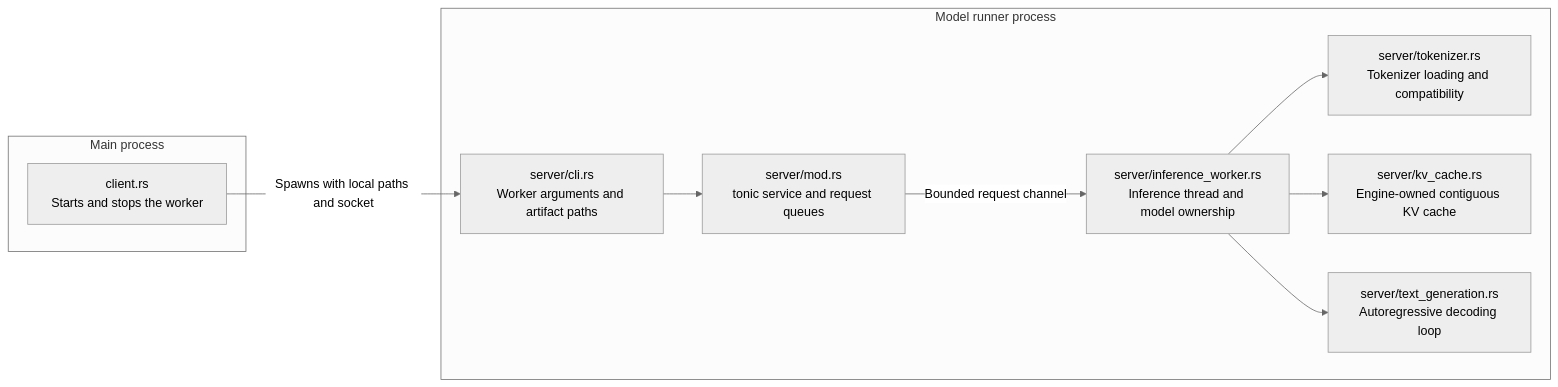
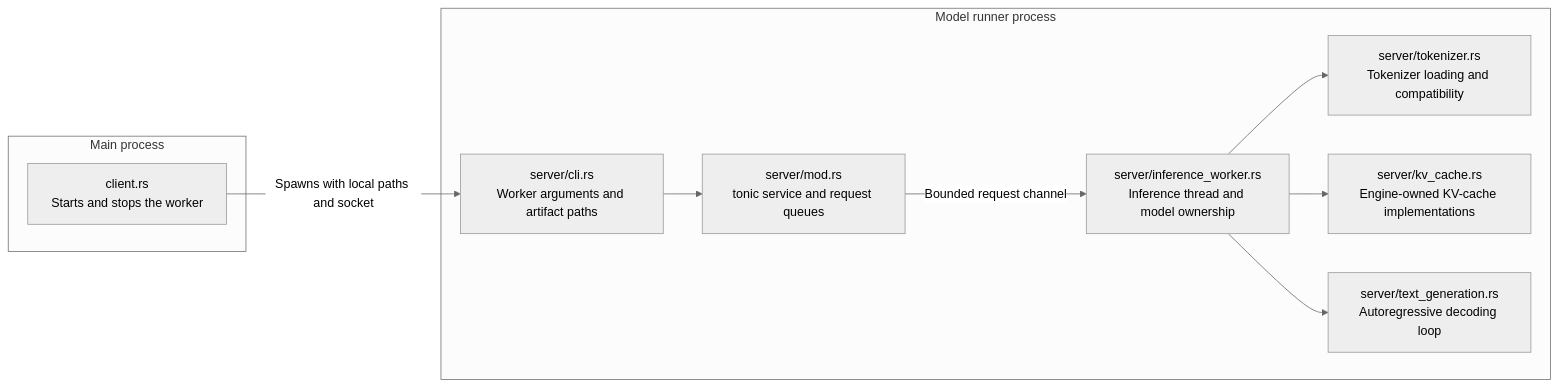
The first of 2 diagrams in src/model_runner/README.md (lun0522/mini-vllm-rs), drawn with Mermaid (neutral theme) before and after one commit. The commit also changed other lines of this file and 7 other files, not shown here.

````diff
--- a/src/model_runner/README.md
+++ b/src/model_runner/README.md
@@ -6,22 +6,22 @@
 ```mermaid
 flowchart LR
     subgraph Main[Main process]
         Client["client.rs<br/>Starts and stops the worker"]
     end
 
     subgraph Worker[Model runner process]
         Server["server/mod.rs<br/>tonic service and request queues"]
         Cli["server/cli.rs<br/>Worker arguments and artifact paths"]
         Tokenizer["server/tokenizer.rs<br/>Tokenizer loading and compatibility"]
-        KvCache["server/kv_cache.rs<br/>Engine-owned contiguous KV cache"]
+        KvCache["server/kv_cache.rs<br/>Engine-owned KV-cache implementations"]
         InferenceWorker["server/inference_worker.rs<br/>Inference thread and model ownership"]
         TextGeneration["server/text_generation.rs<br/>Autoregressive decoding loop"]
     end
 
     Client -->|"Spawns with local paths and socket"| Cli
     Cli --> Server
     InferenceWorker --> Tokenizer
     InferenceWorker --> KvCache
     Server -->|"Bounded request channel"| InferenceWorker
     InferenceWorker --> TextGeneration
 ```
````
